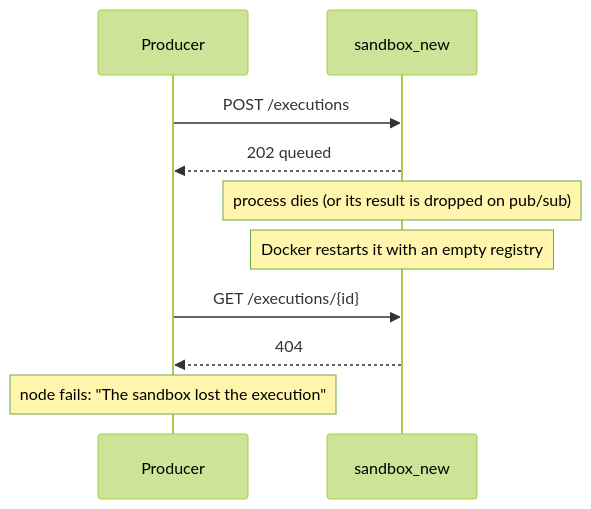
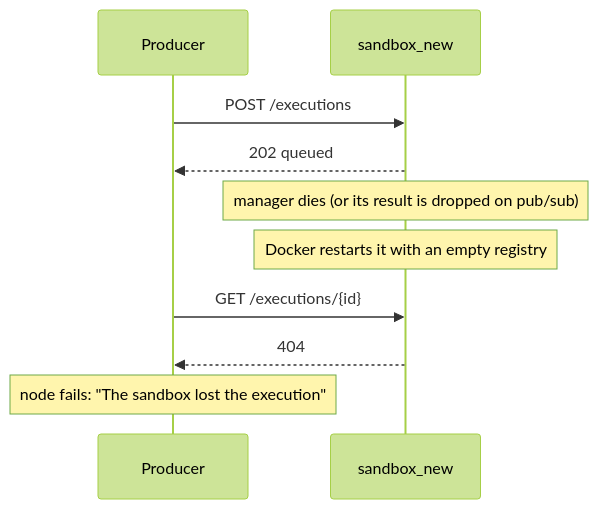
The fourth of 4 diagrams in docs/sandbox/README.md (EpicStaff/EpicStaff), drawn with Mermaid (forest theme) before and after one commit. The commit also changed other lines of this file and 1 other file, not shown here.

Commit message:
docs(EST-4615): describe the manager/worker container split

````diff
--- a/docs/sandbox/README.md
+++ b/docs/sandbox/README.md
@@ -103,12 +109,12 @@
 ```mermaid
 sequenceDiagram
     participant P as Producer
     participant S as sandbox_new
     P->>S: POST /executions
     S-->>P: 202 queued
-    Note over S: process dies (or its result is dropped on pub/sub)
+    Note over S: manager dies (or its result is dropped on pub/sub)
     Note over S: Docker restarts it with an empty registry
     P->>S: GET /executions/{id}
     S-->>P: 404
     Note over P: node fails: "The sandbox lost the execution"
 ```
````
